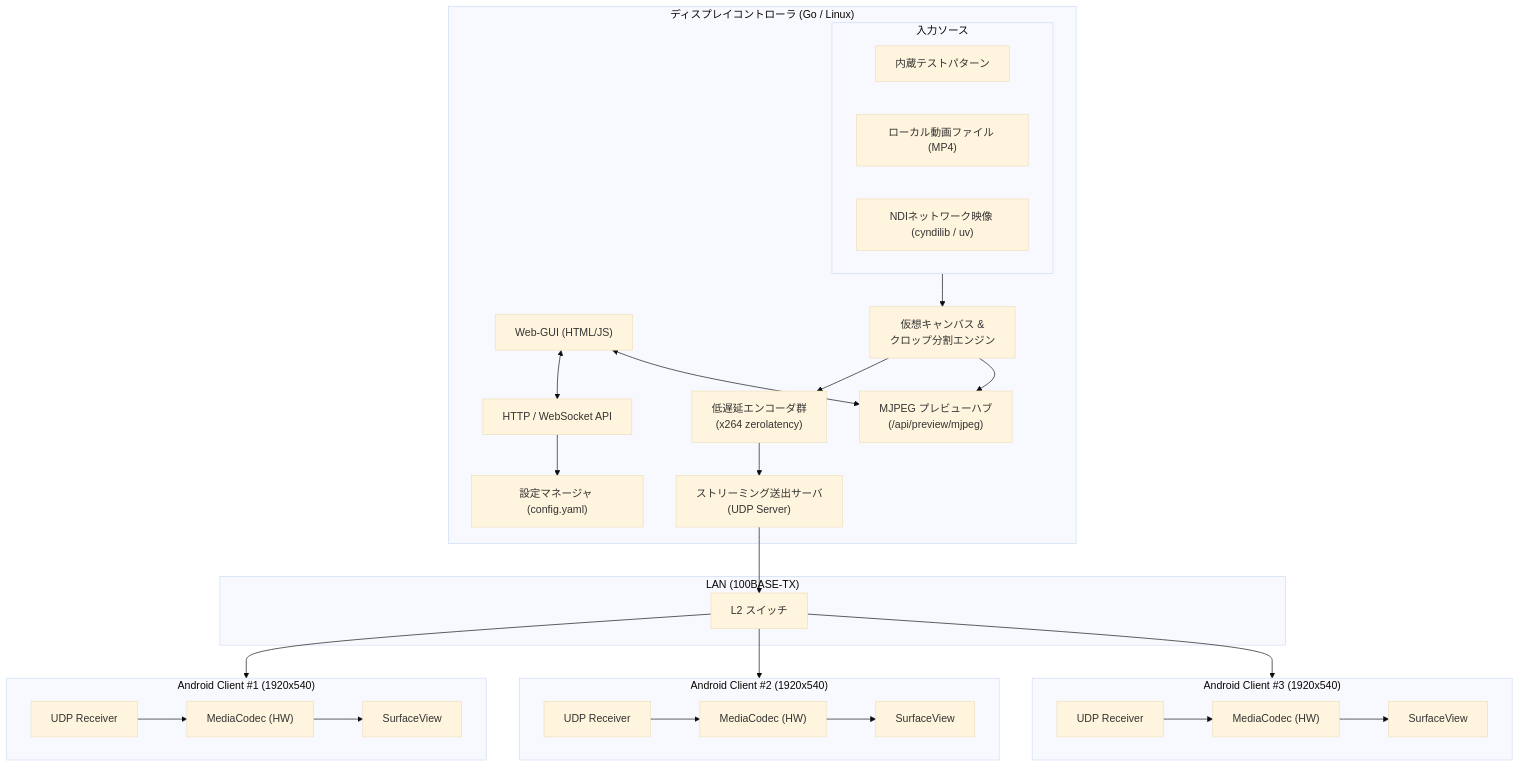
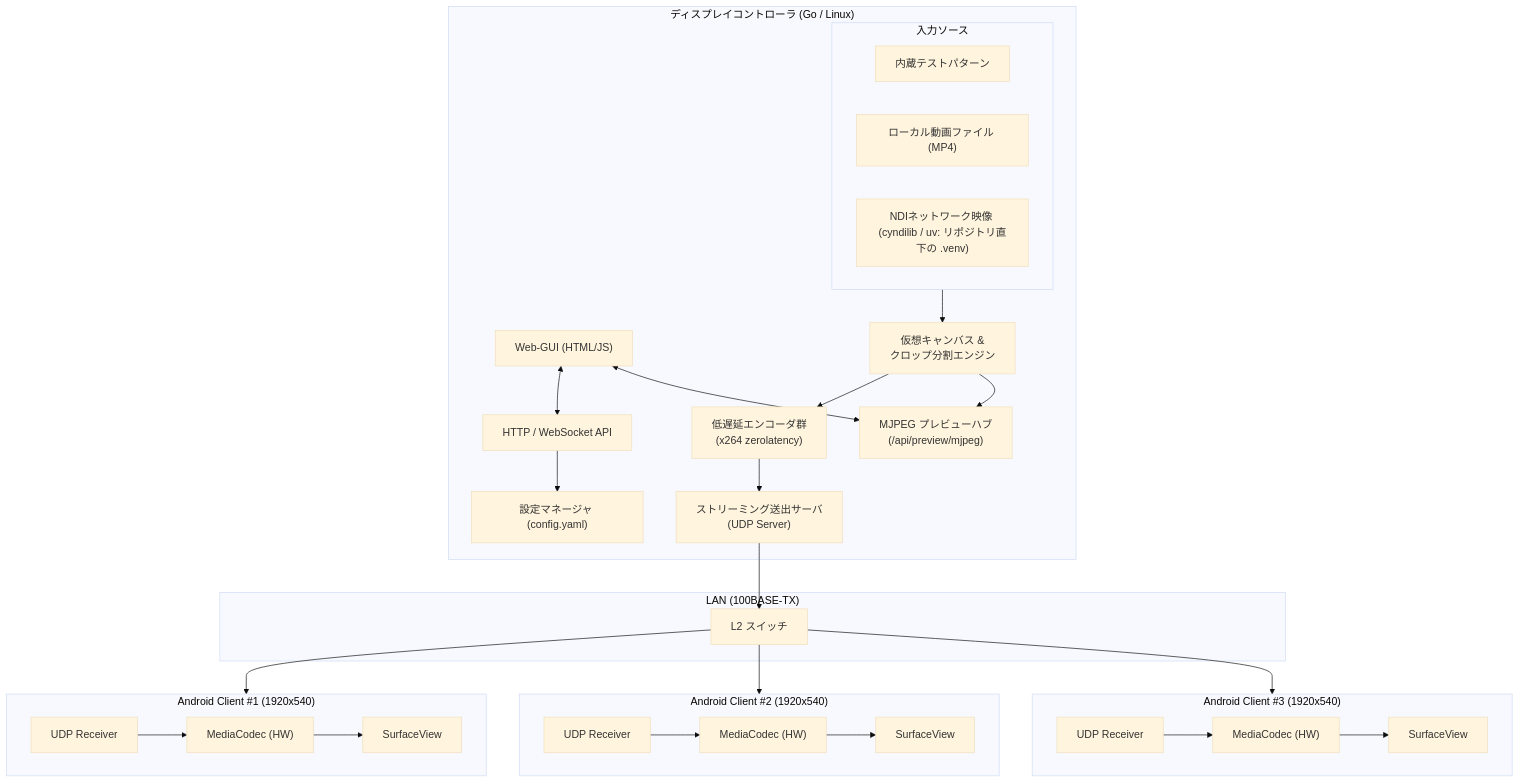
The diagram in docs/architecture.md (TechnoTUT/booth-display), drawn with Mermaid (base theme) before and after one commit. The commit also changed other lines of this file and 2 other files, not shown here.

Commit message:
docs: sync protocol/architecture/development docs with implementation

````diff
--- a/docs/architecture.md
+++ b/docs/architecture.md
@@ -11,48 +11,48 @@
 ```mermaid
 flowchart TB
     subgraph Controller["ディスプレイコントローラ (Go / Linux)"]
         WebGUI["Web-GUI (HTML/JS)"]
         APIServer["HTTP / WebSocket API"]
         ConfigMgr["設定マネージャ (config.yaml)"]
         
         subgraph MediaSources["入力ソース"]
             TestPattern["内蔵テストパターン"]
             VideoFile["ローカル動画ファイル (MP4)"]
-            NDISource["NDIネットワーク映像 (cyndilib / uv)"]
+            NDISource["NDIネットワーク映像 (cyndilib / uv: リポジトリ直下の .venv)"]
         end
 
         CanvasEngine["仮想キャンバス &<br/>クロップ分割エンジン"]
         EncoderPool["低遅延エンコーダ群<br/>(x264 zerolatency)"]
         StreamServer["ストリーミング送出サーバ<br/>(UDP Server)"]
         PreviewHub["MJPEG プレビューハブ<br/>(/api/preview/mjpeg)"]
         
         WebGUI <--> APIServer
         APIServer --> ConfigMgr
         MediaSources --> CanvasEngine
         CanvasEngine --> EncoderPool
         CanvasEngine --> PreviewHub
         EncoderPool --> StreamServer
     end
 
     subgraph Network["LAN (100BASE-TX)"]
         Switch["L2 スイッチ"]
     end
 
     subgraph Client1["Android Client #1 (1920x540)"]
         Receiver1["UDP Receiver"] --> Codec1["MediaCodec (HW)"] --> Surface1["SurfaceView"]
     end
 
     subgraph Client2["Android Client #2 (1920x540)"]
         Receiver2["UDP Receiver"] --> Codec2["MediaCodec (HW)"] --> Surface2["SurfaceView"]
     end
 
     subgraph Client3["Android Client #3 (1920x540)"]
         Receiver3["UDP Receiver"] --> Codec3["MediaCodec (HW)"] --> Surface3["SurfaceView"]
     end
 
     StreamServer --> Switch
     Switch --> Client1
     Switch --> Client2
     Switch --> Client3
     WebGUI <--> PreviewHub
 ```
````
